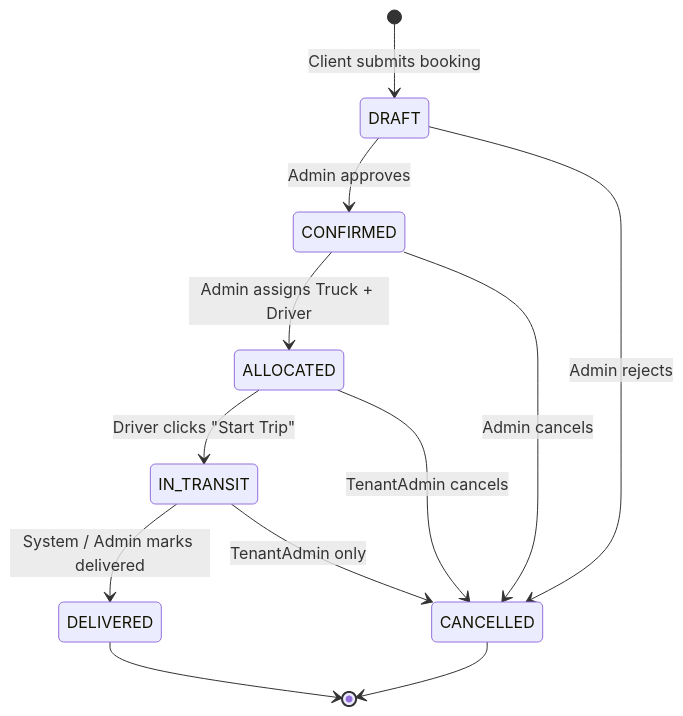
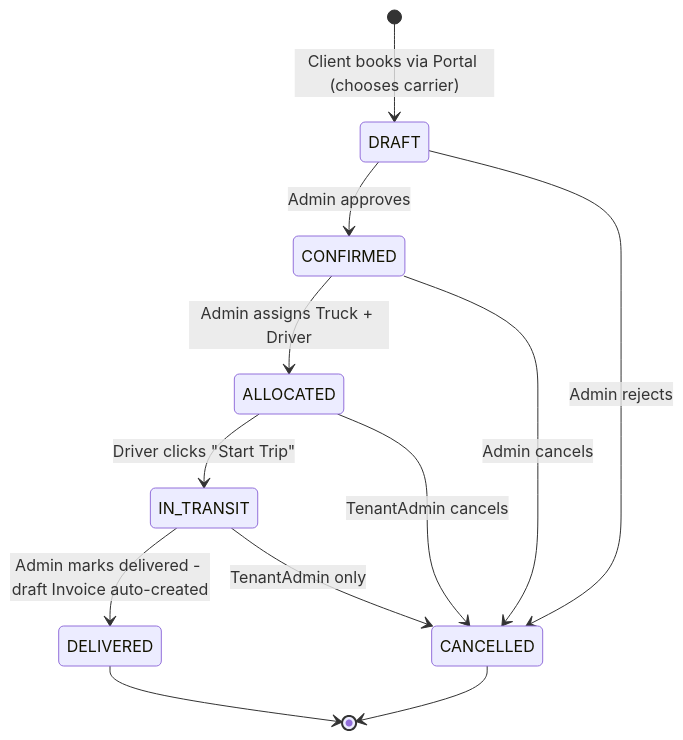
Before and after one commit to vij1ay/truck-management: the third of 4 diagrams in KNOWLEDGE_GRAPH.md, drawn with Mermaid. The commit also changed other lines of this file and 364 other files, not shown here.

````diff
--- a/KNOWLEDGE_GRAPH.md
+++ b/KNOWLEDGE_GRAPH.md
@@ -122,14 +194,14 @@
 ```mermaid
 stateDiagram-v2
-    [*] --> DRAFT : Client submits booking
+    [*] --> DRAFT : Client books via Portal (chooses carrier)
     DRAFT --> CONFIRMED : Admin approves
     DRAFT --> CANCELLED : Admin rejects
     CONFIRMED --> ALLOCATED : Admin assigns Truck + Driver
     CONFIRMED --> CANCELLED : Admin cancels
     ALLOCATED --> IN_TRANSIT : Driver clicks "Start Trip"
     ALLOCATED --> CANCELLED : TenantAdmin cancels
-    IN_TRANSIT --> DELIVERED : System / Admin marks delivered
+    IN_TRANSIT --> DELIVERED : Admin marks delivered - draft Invoice auto-created
     IN_TRANSIT --> CANCELLED : TenantAdmin only
     DELIVERED --> [*]
     CANCELLED --> [*]
 ```
````
